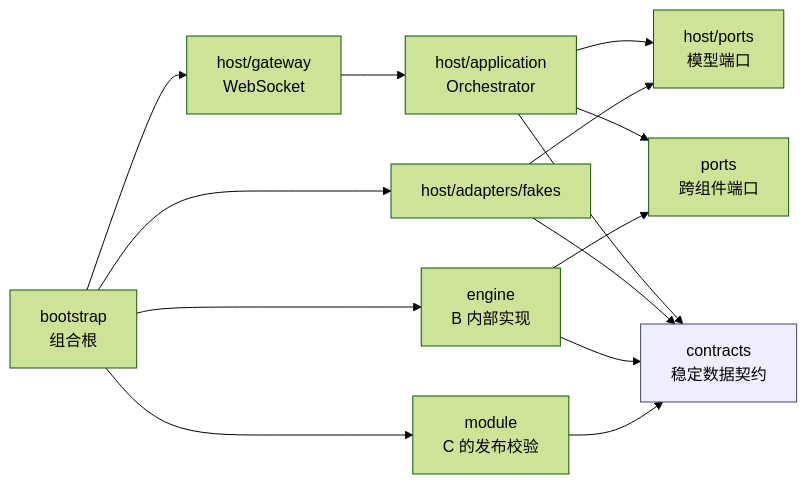
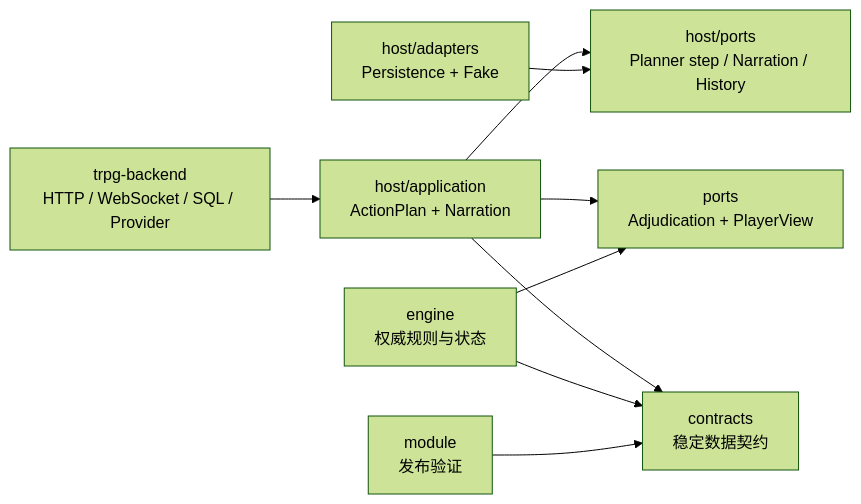
One commit to 1024XEngineer/TRPG-master changed the diagram in agent-collaboration-framework/README.md. Above: the diagram before and after it, drawn with Mermaid (forest theme). The commit also changed other lines of this file and 81 other files, not shown here.

````diff
--- a/agent-collaboration-framework/README.md
+++ b/agent-collaboration-framework/README.md
@@ -99,18 +48,11 @@
 ```mermaid
 flowchart LR
-    WS["host/gateway<br/>WebSocket"] --> ORCH["host/application<br/>Orchestrator"]
-    ORCH --> HPORT["host/ports<br/>模型端口"]
-    ORCH --> XPORT["ports<br/>跨组件端口"]
-    ORCH --> CONTRACTS["contracts<br/>稳定数据契约"]
-    HFAKE["host/adapters/fakes"] --> HPORT
-    HFAKE --> CONTRACTS
-    ENGINE["engine<br/>B 内部实现"] --> XPORT
+    BACKEND["trpg-backend<br/>HTTP / WebSocket / SQL / Provider"] --> HAPP["host/application<br/>ActionPlan + Narration"]
+    HAPP --> HPORTS["host/ports<br/>Planner step / Narration / History"]
+    HAPP --> XPORTS["ports<br/>Adjudication + PlayerView"]
+    HAPP --> CONTRACTS["contracts<br/>稳定数据契约"]
+    ADAPTERS["host/adapters<br/>Persistence + Fake"] --> HPORTS
+    ENGINE["engine<br/>权威规则与状态"] --> XPORTS
     ENGINE --> CONTRACTS
-    MODULE["module<br/>C 的发布校验"] --> CONTRACTS
-    BOOT["bootstrap<br/>组合根"] --> WS
-    BOOT --> HFAKE
-    BOOT --> ENGINE
-    BOOT --> MODULE
-
-    style CONTRACTS fill:#eef,stroke:#446
+    MODULE["module<br/>发布验证"] --> CONTRACTS
 ```
````
